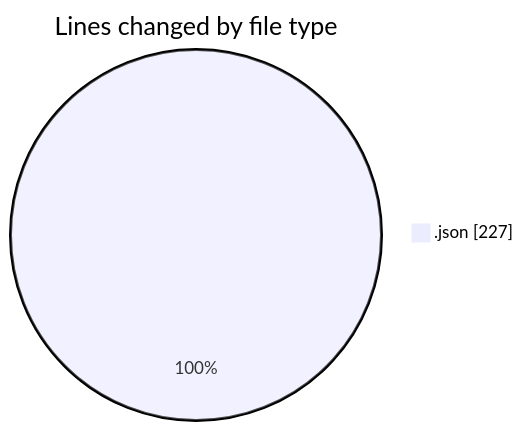
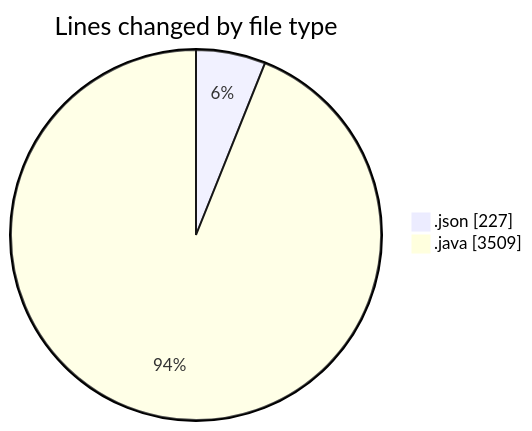
The first of 2 diagrams in 2026-05-04/cilapp/README.md (ricardozamudiocil/code-tracking), drawn with Mermaid before and after one commit. The commit also changed other lines of this file and 1 other file, not shown here.

````diff
--- a/2026-05-04/cilapp/README.md
+++ b/2026-05-04/cilapp/README.md
@@ -20,5 +23,6 @@
 ```mermaid
 pie showData
 title Lines changed by file type
 ".json" : 227
+".java" : 3509
 ```
````
